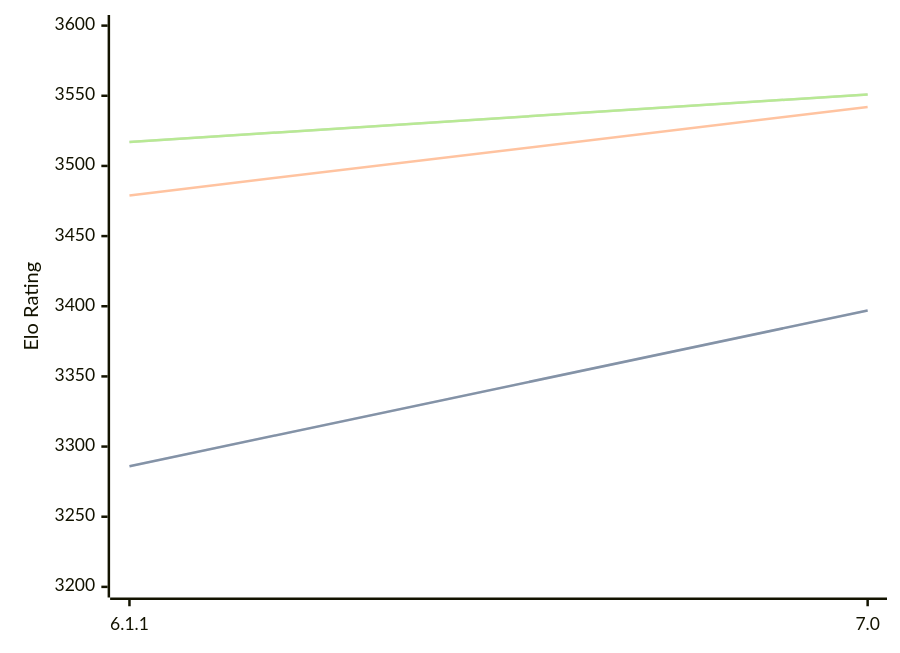
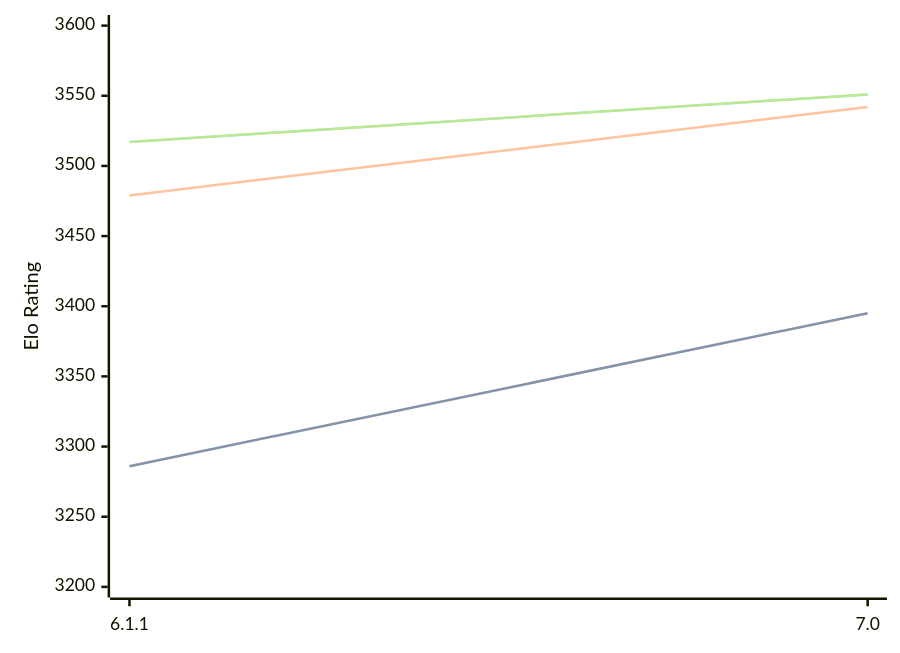
Before and after one commit to computer-chess-index/cci: the diagram in engines/Astra.md, drawn with Mermaid. The commit also changed other lines of this file, not shown here.

````diff
--- a/engines/Astra.md
+++ b/engines/Astra.md
@@ -32,11 +32,11 @@
 ```mermaid
 %%{init: {"theme":"base","themeVariables":{"seriesColors:['#a3a3a3','#222221','#faa371']}}}%%
 xychart-beta
   x-axis ["6.1.1", "7.0"]
   y-axis "Elo Rating" 3200 --> 3600
-  line "" [3286, 3397]
-  line "STC (8.0+0.08s)" [3286, 3397]
+  line "" [3286, 3395]
+  line "STC (8.0+0.08s)" [3286, 3395]
   line "LTC (60.0+0.60s)" [3479, 3542]
   line "" [3517, 3551]
   line "VLTC (2m24s+1.12s)" [3517, 3551]
 ```
````
